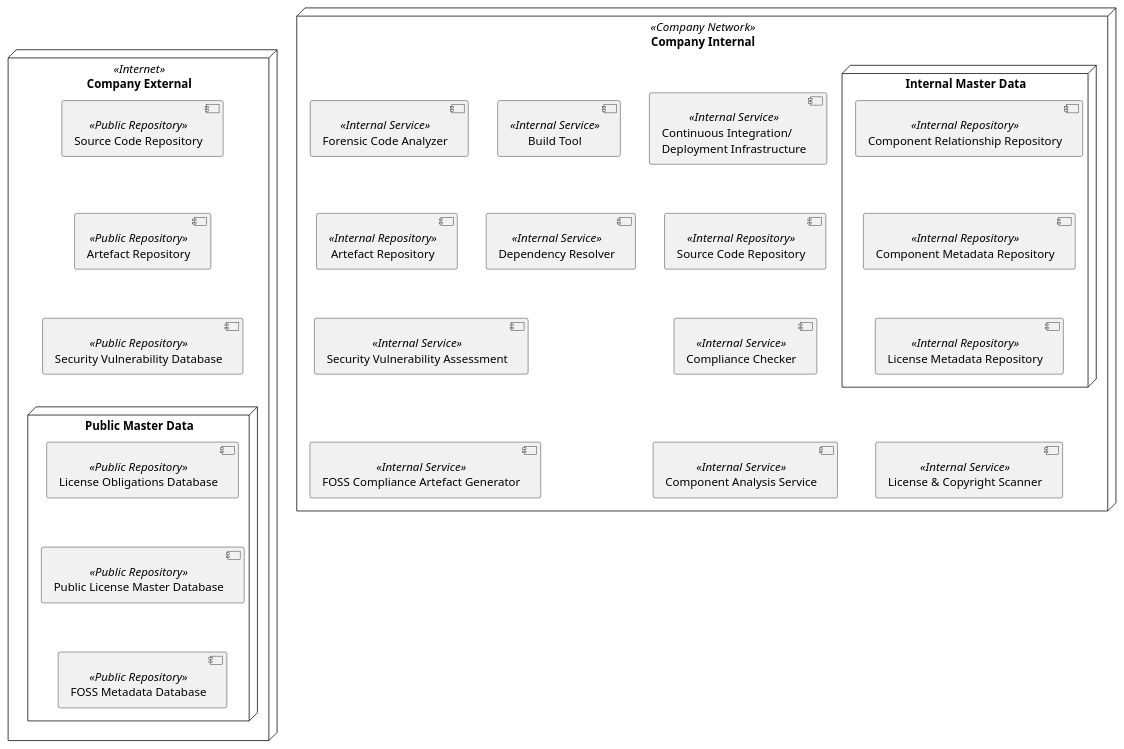
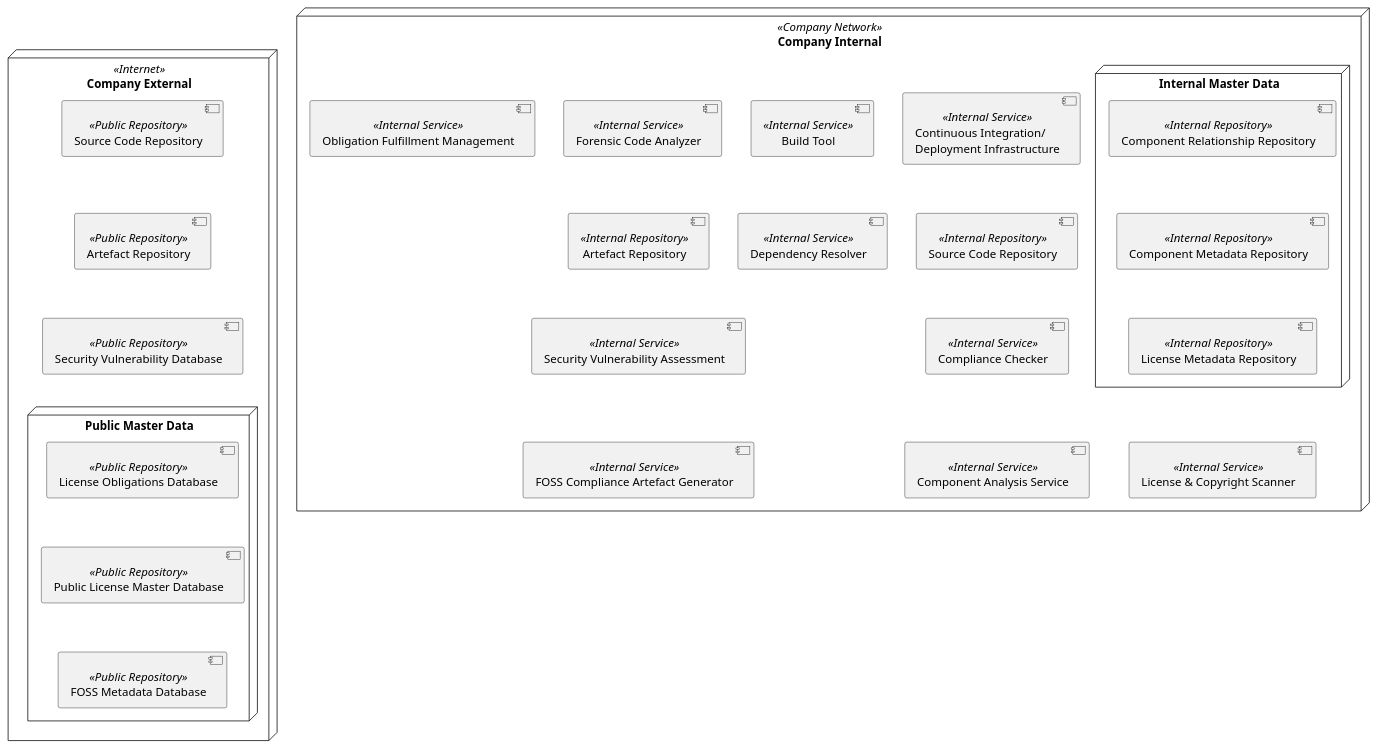
The diagram in Tooling-Landscape/Unanimous-Understanding/OSS_Tooling_Landscape_UMLComp.plantuml (Open-Source-Compliance/Sharing-creates-value), drawn with PlantUML before and after one commit. The commit also changed 1 other file, not shown here.

Commit message:
Added Obligation Fulfillment Mgmt

```diff
--- a/Tooling-Landscape/Unanimous-Understanding/OSS_Tooling_Landscape_UMLComp.plantuml
+++ b/Tooling-Landscape/Unanimous-Understanding/OSS_Tooling_Landscape_UMLComp.plantuml
@@ -1,99 +1,101 @@
 @startuml OSS_Tooling_Component_Diagram
 
 '
 ' SPDX-License-Identifier: CC-BY-SA-4.0
 '
 ' Showing the tooling landscape as UML deployement diagram
 ' This is meant to be a big picture, not listing all details
 '
 
 '
 ' Elements: What is public in the Internet
 '
 
 skinparam componentStyle uml2
 
 node "Company External" <<Internet>> {
 
     component [Source Code Repository] as publicsource <<Public Repository>> 
 
     component [Artefact Repository] as publicartefacts <<Public Repository>>
 
     component [Security Vulnerability Database] as publicvulnerabilities <<Public Repository>> 
 
     node "Public Master Data" {
 
         component [License Obligations Database] as publicobligations <<Public Repository>> 
 
         component [Public License Master Database] as publiclicenses <<Public Repository>> 
 
         component [FOSS Metadata Database] as publicmetadata <<Public Repository>> 
 
     }
 
 }
 
 '
 ' Elements: What is inside organisation or comapny
 '
 
 node "Company Internal" <<Company Network>> {
 
     component [Continuous Integration/\nDeployment Infrastructure] as cicd <<Internal Service>>
 
     component [Build Tool] as buildsystem <<Internal Service>>
 
     component [Source Code Repository] as internalsource <<Internal Repository>> 
 
     component [Artefact Repository] as internalartefacts <<Internal Repository>> 
 
     component [Compliance Checker] as compliancechecker <<Internal Service>>
 
     component [Dependency Resolver] as dependencyresolver <<Internal Service>>
 
     component [FOSS Compliance Artefact Generator] as fossartefactgenerator <<Internal Service>>
 
     component [Component Analysis Service] as componentanalysis <<Internal Service>>
 
     component [License & Copyright Scanner] as licensescanner <<Internal Service>>
 
     component [Security Vulnerability Assessment] as securityassessment <<Internal Service>>
 
     component [Forensic Code Analyzer] as forensiccodeanalyzer <<Internal Service>>
 
+    component [Obligation Fulfillment Management] as obligationfulfillmentmgmt <<Internal Service>>
+
     node "Internal Master Data" {
 
         component [Component Relationship Repository] as componentrelationships <<Internal Repository>>
 
         component [Component Metadata Repository] as componentmetadata <<Internal Repository>> 
 
         component [License Metadata Repository] as licenses <<Internal Repository>> 
 
     }
 
 }
 
 ' 
 ' hidden relations to force layout ...
 ' 
 
 publicsource -[hidden]-> publicartefacts
 publicartefacts -[hidden]-> publicvulnerabilities
 publicvulnerabilities -[hidden]-> publicobligations
 
 publicobligations -[hidden]-> publiclicenses
 publiclicenses -[hidden]-> publicmetadata
 
 cicd -[hidden]-> internalsource
 buildsystem -[hidden]-> internalartefacts
 buildsystem -[hidden]-> dependencyresolver
 internalsource -[hidden]-> compliancechecker
 internalartefacts -[hidden]-> securityassessment
 compliancechecker -[hidden]-> componentanalysis
 securityassessment -[hidden]-> fossartefactgenerator
 licenses -[hidden]-> licensescanner
 
 componentrelationships -[hidden]-> componentmetadata
 componentmetadata -[hidden]-> licenses
 
 @enduml
```
